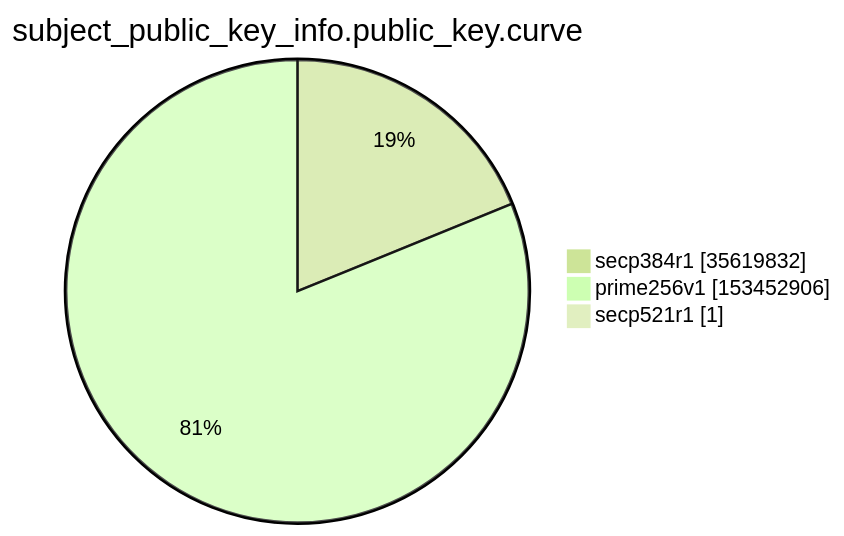
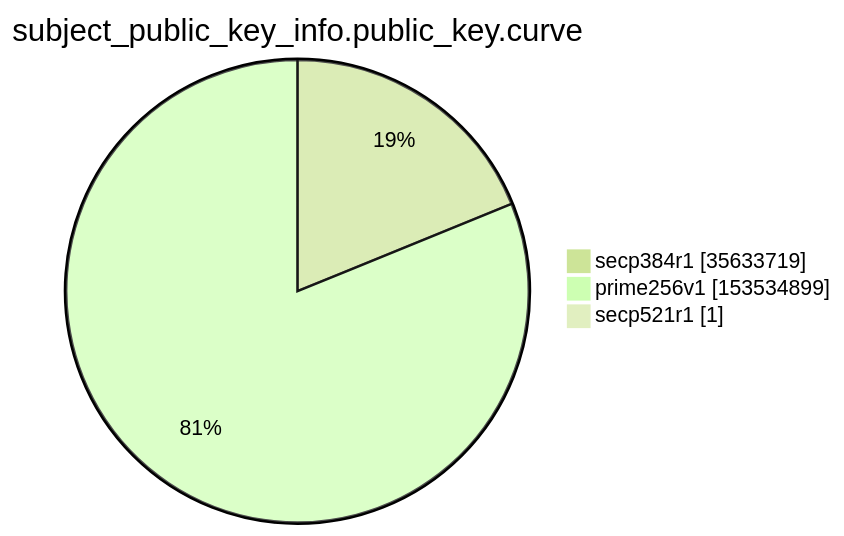
The ninth of 15 diagrams in argon2022/README.md (christiankrug/ctmonitor_visualization), drawn with Mermaid (forest theme) before and after one commit. The commit also changed other lines of this file, not shown here.

````diff
--- a/argon2022/README.md
+++ b/argon2022/README.md
@@ -2765,7 +2765,7 @@
 ```mermaid
 pie showData
 title subject_public_key_info.public_key.curve
-"secp384r1" :35619832
-"prime256v1" :153452906
+"secp384r1" :35633719
+"prime256v1" :153534899
 "secp521r1" :1
 ```
````
